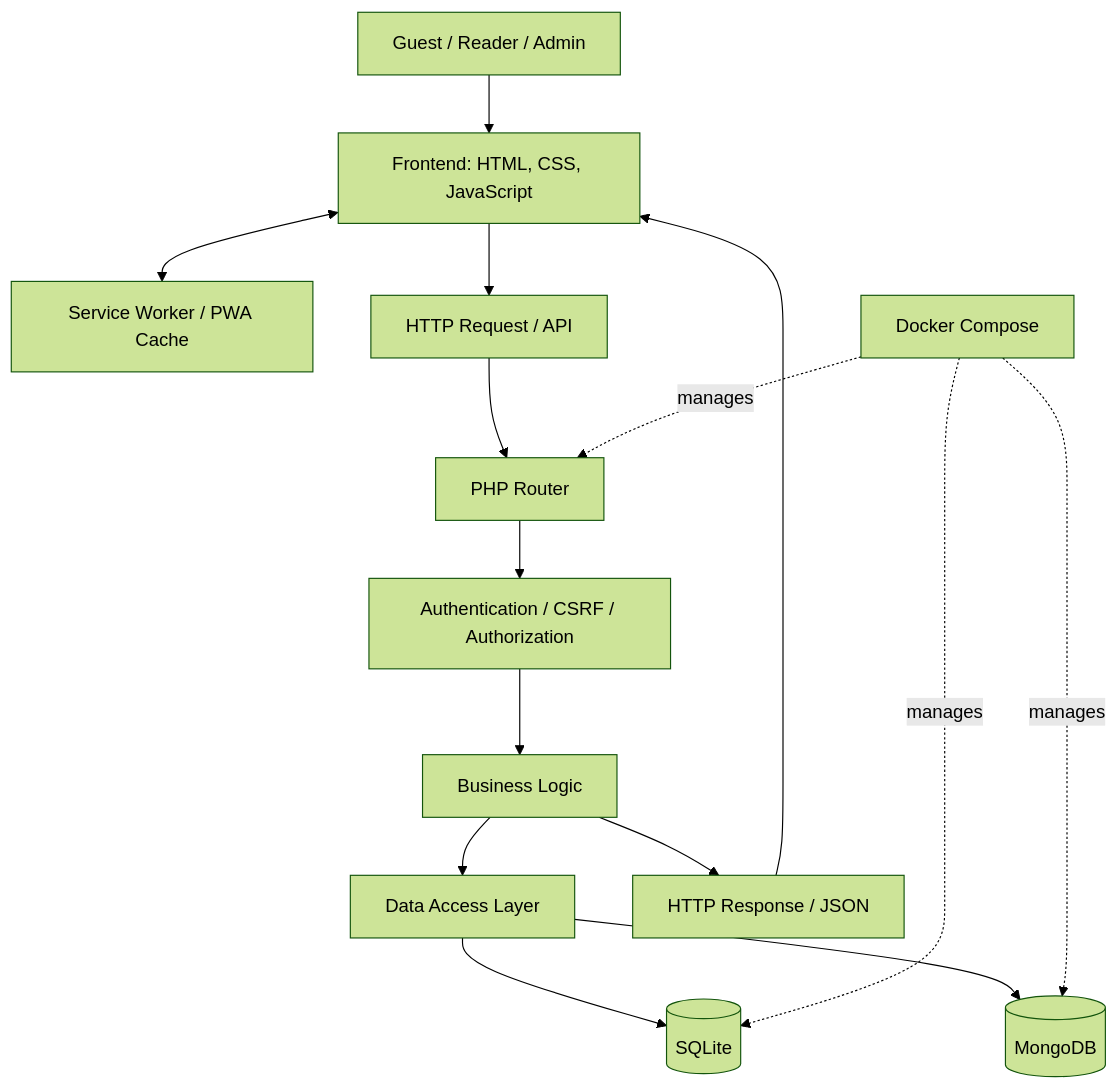
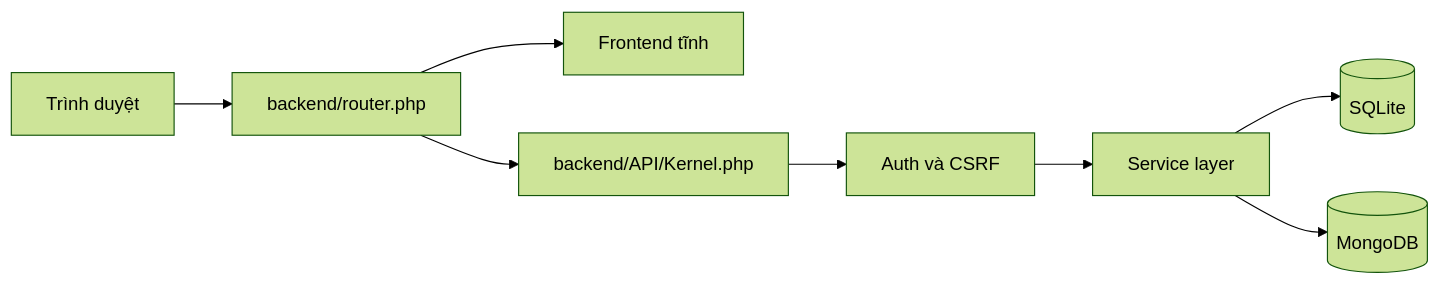
Before and after one commit to datnguyen3406/LapTrinhWeb_CK: the diagram in README.md, drawn with Mermaid (forest theme). The commit also changed other lines of this file and 7 other files, not shown here.

````diff
--- a/README.md
+++ b/README.md
@@ -92,17 +29,10 @@
 ```mermaid
-flowchart TB
-    U[Guest / Reader / Admin] --> FE[Frontend: HTML, CSS, JavaScript]
-    FE <--> SW[Service Worker / PWA Cache]
-    FE --> HTTP[HTTP Request / API]
-    HTTP --> ROUTER[PHP Router]
-    ROUTER --> MW[Authentication / CSRF / Authorization]
-    MW --> BL[Business Logic]
-    BL --> DATA[Data Access Layer]
-    DATA --> SQL[(SQLite)]
-    DATA --> DOC[(MongoDB)]
-    BL --> RESP[HTTP Response / JSON]
-    RESP --> FE
-    DOCKER[Docker Compose] -. manages .-> ROUTER
-    DOCKER -. manages .-> SQL
-    DOCKER -. manages .-> DOC
+flowchart LR
+    Browser[Trình duyệt] --> Router[backend/router.php]
+    Router --> Frontend[Frontend tĩnh]
+    Router --> API[backend/API/Kernel.php]
+    API --> Middleware[Auth và CSRF]
+    Middleware --> Services[Service layer]
+    Services --> SQLite[(SQLite)]
+    Services --> Mongo[(MongoDB)]
 ```
````
